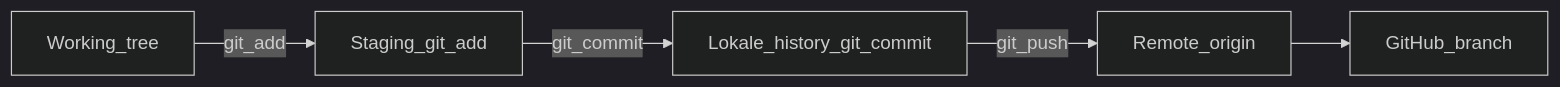
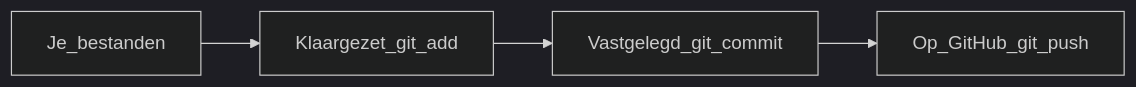
Before and after one commit to Npuls-OKx/meta: the diagram in project/bijdragen-voor-beginners.md, drawn with Mermaid (dark theme). The commit also changed other lines of this file and 5 other files, not shown here.

````diff
--- a/project/bijdragen-voor-beginners.md
+++ b/project/bijdragen-voor-beginners.md
@@ -234,13 +77,9 @@
 ```mermaid
 flowchart LR
-  wt[Working_tree]
-  st[Staging_git_add]
-  lc[Lokale_history_git_commit]
-  rm[Remote_origin]
-  gh[GitHub_branch]
+  wt[Je_bestanden]
+  st[Klaargezet_git_add]
+  lc[Vastgelegd_git_commit]
+  rm[Op_GitHub_git_push]
 
-  wt -->|git_add| st
-  st -->|git_commit| lc
-  lc -->|git_push| rm
-  rm --> gh
+  wt --> st --> lc --> rm
 ```
````
